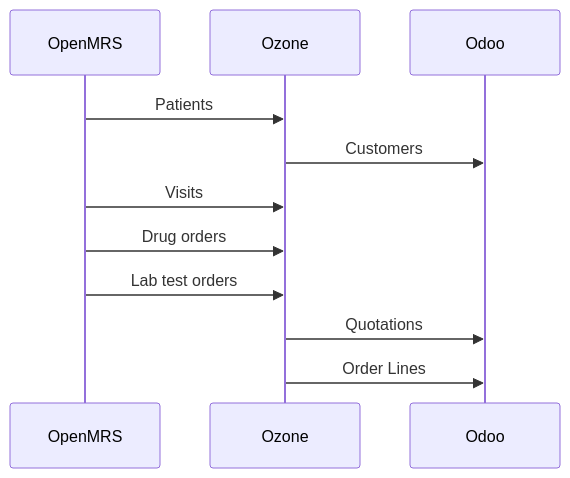
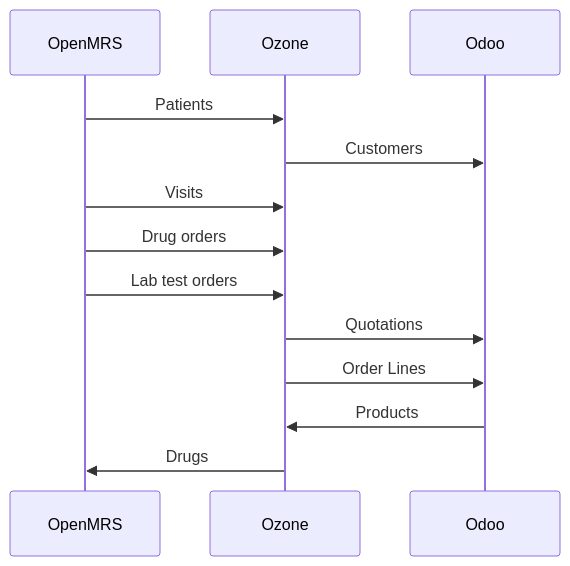
The first of 6 diagrams in docs/users/odoo-openmrs.md (ozone-his/ozone-docs), drawn with Mermaid before and after one commit. The commit also changed other lines of this file, not shown here.

First line of the commit message:
OZ-1042: Update the Odoo–OpenMRS Flows section in the functional user… (#46)

````diff
--- a/docs/users/odoo-openmrs.md
+++ b/docs/users/odoo-openmrs.md
@@ -5,13 +5,15 @@
 ``` mermaid
     sequenceDiagram
         participant OpenMRS
         participant Ozone
         participant Odoo
         OpenMRS->>Ozone: Patients
         Ozone->>Odoo: Customers
         OpenMRS->>Ozone: Visits
         OpenMRS->>Ozone: Drug orders
         OpenMRS->>Ozone: Lab test orders
         Ozone->>Odoo: Quotations
         Ozone->>Odoo: Order Lines
+        Odoo->>Ozone: Products
+        Ozone->>OpenMRS: Drugs
 ```
````
